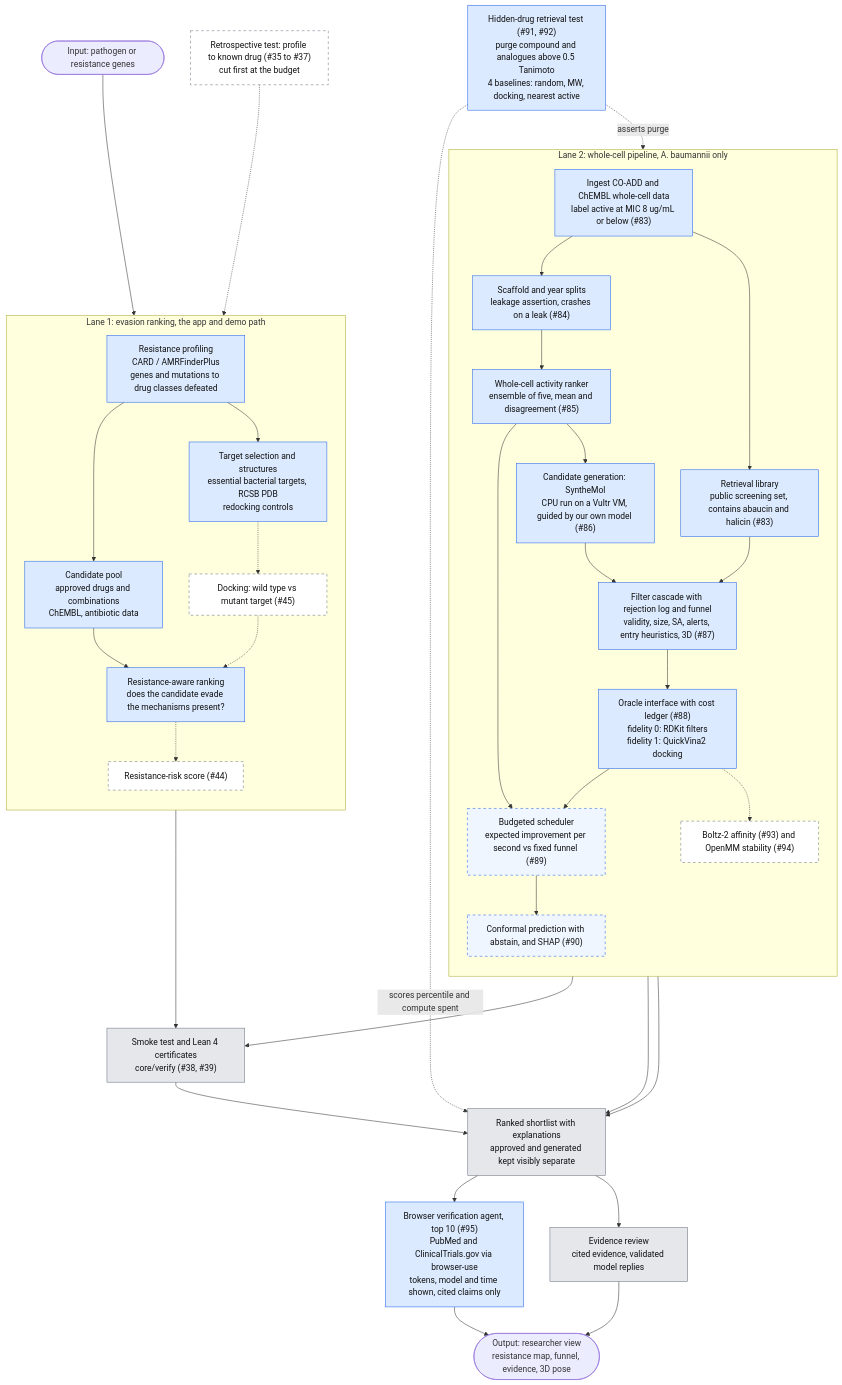
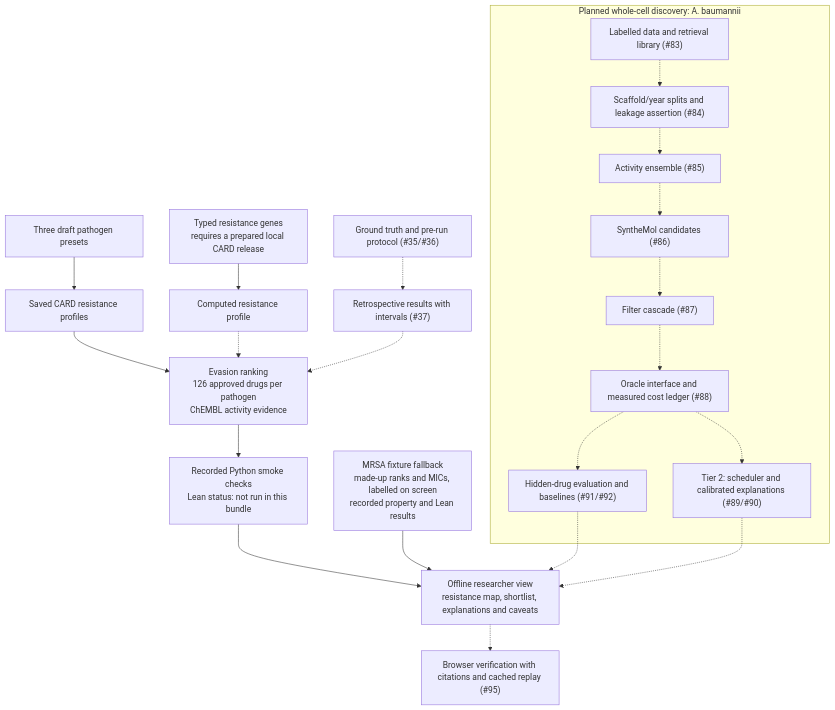
The diagram in README.md (saumyajain2007/HTB26-Main), drawn with Mermaid before and after one commit. The commit also changed other lines of this file and 6 other files, not shown here.

Commit message:
Refresh project documentation and current pipeline status

````diff
--- a/README.md
+++ b/README.md
@@ -18,54 +71,25 @@
 ```mermaid
 flowchart TD
-    A([Input: pathogen or resistance genes]) --> B
+    P["Three draft pathogen presets"] --> C["Saved CARD resistance profiles"]
+    C --> R["Evasion ranking<br/>126 approved drugs per pathogen<br/>ChEMBL activity evidence"]
+    R --> S["Recorded Python smoke checks<br/>Lean status: not run in this bundle"]
+    S --> U["Offline researcher view<br/>resistance map, shortlist, explanations and caveats"]
+    G["Typed resistance genes<br/>requires a prepared local CARD release"] --> CP["Computed resistance profile"]
+    CP -.-> R
+    F["MRSA fixture fallback<br/>made-up ranks and MICs, labelled on screen<br/>recorded property and Lean results"] --> U
 
-    subgraph L1 [Lane 1: evasion ranking, the app and demo path]
-        direction TB
-        B["Resistance profiling<br/>CARD / AMRFinderPlus<br/>genes and mutations to drug classes defeated"]
-        B --> E["Candidate pool<br/>approved drugs and combinations<br/>ChEMBL, antibiotic data"]
-        B --> C["Target selection and structures<br/>essential bacterial targets, RCSB PDB<br/>redocking controls"]
-        E --> F["Resistance-aware ranking<br/>does the candidate evade the mechanisms present?"]
-        C -.-> M["Docking: wild type vs mutant target (#45)"]:::cut
-        M -.-> F
-        F -.-> R["Resistance-risk score (#44)"]:::cut
+    subgraph W [Planned whole-cell discovery: A. baumannii]
+        D["Labelled data and retrieval library (#83)"] -.-> L["Scaffold/year splits and leakage assertion (#84)"]
+        L -.-> M["Activity ensemble (#85)"]
+        M -.-> N["SyntheMol candidates (#86)"]
+        N -.-> Q["Filter cascade (#87)"]
+        Q -.-> O["Oracle interface and measured cost ledger (#88)"]
+        O -.-> V["Hidden-drug evaluation and baselines (#91/#92)"]
+        O -.-> A["Tier 2: scheduler and calibrated explanations (#89/#90)"]
     end
-
-    subgraph L2 [Lane 2: whole-cell pipeline, A. baumannii only]
-        direction TB
-        W1["Ingest CO-ADD and ChEMBL whole-cell data<br/>label active at MIC 8 ug/mL or below (#83)"]
-        W1 --> W2["Scaffold and year splits<br/>leakage assertion, crashes on a leak (#84)"]
-        W1 --> LIB["Retrieval library<br/>public screening set, contains abaucin and halicin (#83)"]
-        W2 --> W3["Whole-cell activity ranker<br/>ensemble of five, mean and disagreement (#85)"]
-        W3 --> G1["Candidate generation: SyntheMol<br/>CPU run on a Vultr VM, guided by our own model (#86)"]
-        G1 --> W4
-        LIB --> W4["Filter cascade with rejection log and funnel<br/>validity, size, SA, alerts, entry heuristics, 3D (#87)"]
-        W4 --> W5["Oracle interface with cost ledger (#88)<br/>fidelity 0: RDKit filters<br/>fidelity 1: QuickVina2 docking"]
-        W3 --> W6
-        W5 --> W6["Budgeted scheduler<br/>expected improvement per second vs fixed funnel (#89)"]:::tier2
-        W6 --> W7["Conformal prediction with abstain, and SHAP (#90)"]:::tier2
-        W5 -.-> O2["Boltz-2 affinity (#93) and OpenMM stability (#94)"]:::cut
-    end
-
-    S["Smoke test and Lean 4 certificates<br/>core/verify (#38, #39)"]
-    F --> S
-    W5 --> S
-    S --> H["Ranked shortlist with explanations<br/>approved and generated kept visibly separate"]
-    W7 --> H
-    W5 --> H
-
-    H --> BA["Browser verification agent, top 10 (#95)<br/>PubMed and ClinicalTrials.gov via browser-use<br/>tokens, model and time shown, cited claims only"]
-    H --> J["Evidence review<br/>cited evidence, validated model replies"]
-    BA --> I
-    J --> I([Output: researcher view<br/>resistance map, funnel, evidence, 3D pose])
-
-    V1["Hidden-drug retrieval test (#91, #92)<br/>purge compound and analogues above 0.5 Tanimoto<br/>4 baselines: random, MW, docking, nearest active"] -.->|asserts purge| W2
-    V1 -.->|scores percentile and compute spent| H
-    V2["Retrospective test: profile to known drug (#35 to #37)<br/>cut first at the budget"]:::cut -.-> F
-
-    classDef new fill:#dbeafe,stroke:#2563eb,color:#111;
-    classDef reused fill:#e5e7eb,stroke:#6b7280,color:#111;
-    classDef tier2 fill:#eff6ff,stroke:#2563eb,stroke-dasharray: 5 5,color:#111;
-    classDef cut fill:#fff,stroke:#6b7280,stroke-dasharray: 5 5,color:#111;
-    class B,C,E,F,W1,W2,W3,G1,W4,W5,LIB,V1,BA new;
-    class S,J,H reused;
+    V -.-> U
+    A -.-> U
+    U -.-> B["Browser verification with citations and cached replay (#95)"]
+    T["Ground truth and pre-run protocol (#35/#36)"] -.-> E["Retrospective results with intervals (#37)"]
+    E -.-> R
 ```
````
